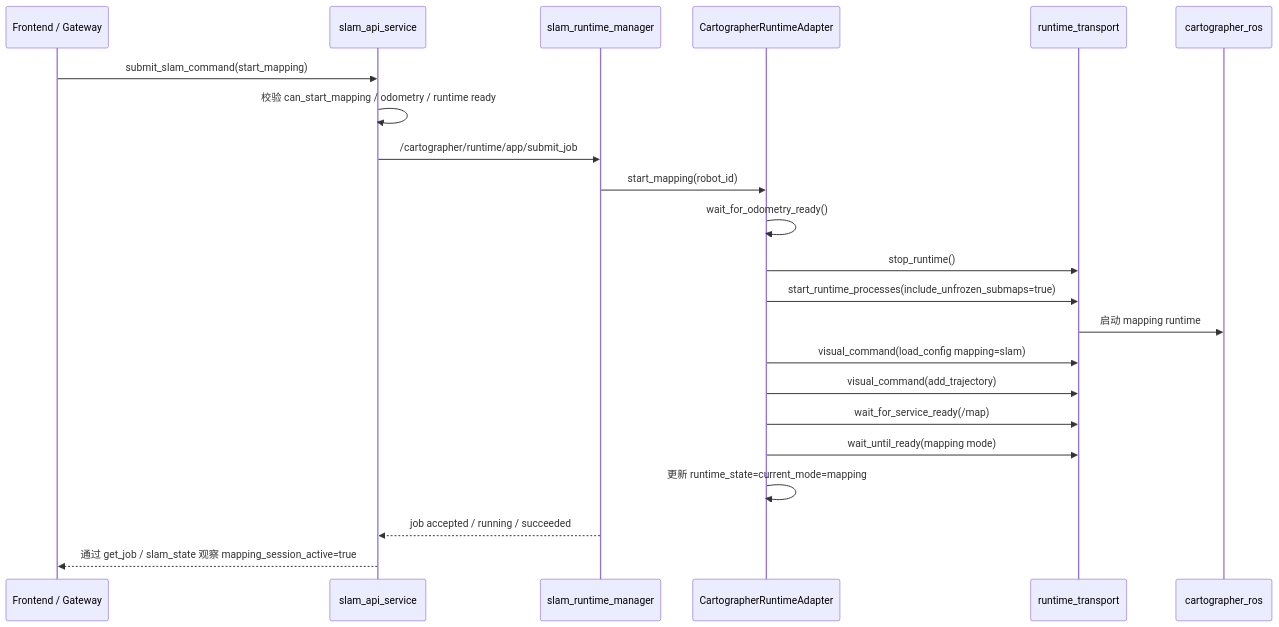
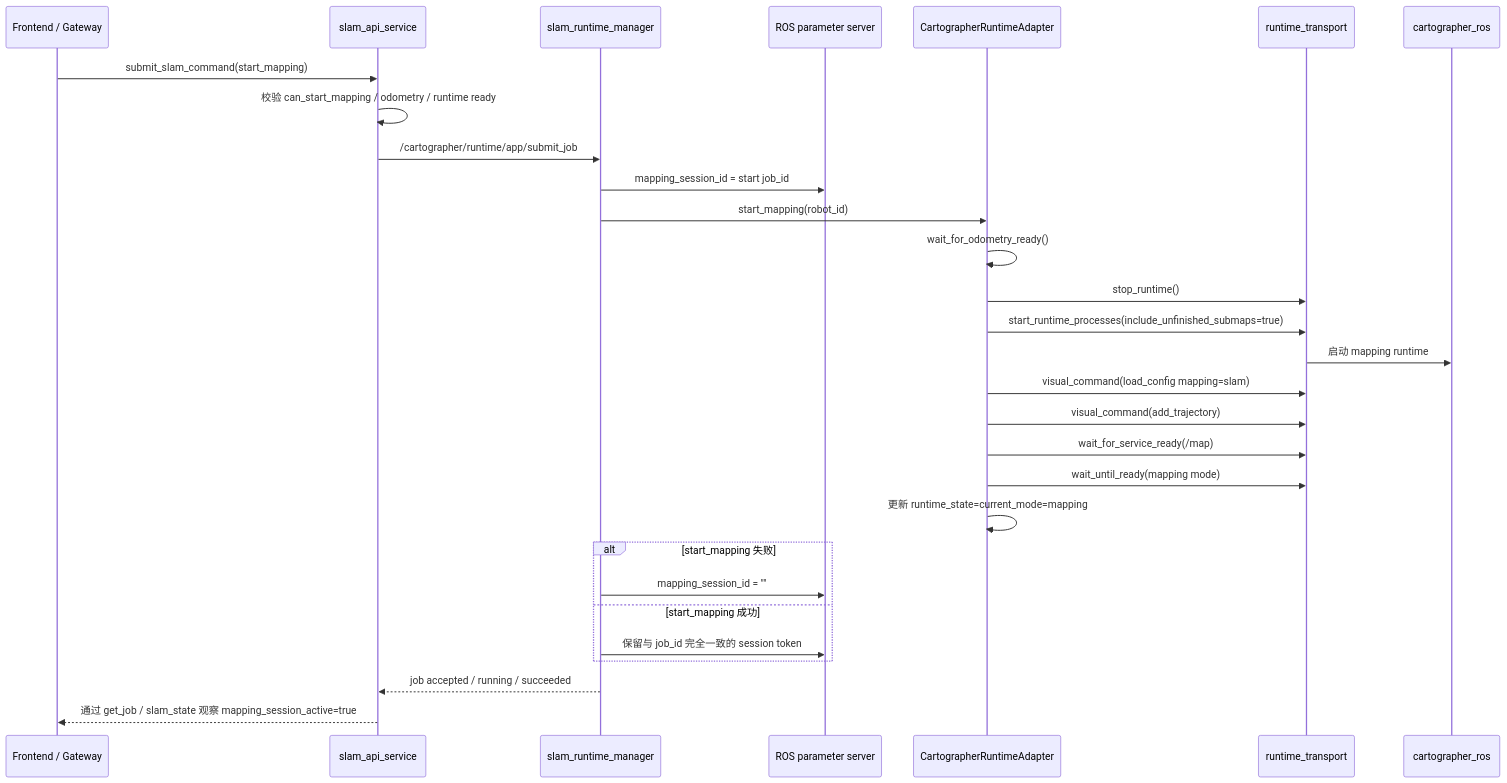
One commit to abc467/Doraemon changed the fifth of 7 diagrams in docs/slam_runtime_architecture_v1.md. Above: the diagram before and after it, drawn with Mermaid. The commit also changed other lines of this file and 42 other files, not shown here.

````diff
--- a/docs/slam_runtime_architecture_v1.md
+++ b/docs/slam_runtime_architecture_v1.md
@@ -528,25 +539,32 @@
 ```mermaid
 sequenceDiagram
     participant FE as Frontend / Gateway
     participant API as slam_api_service
     participant RT as slam_runtime_manager
+    participant PARAM as ROS parameter server
     participant AD as CartographerRuntimeAdapter
     participant TR as runtime_transport
     participant CR as cartographer_ros
 
     FE->>API: submit_slam_command(start_mapping)
     API->>API: 校验 can_start_mapping / odometry / runtime ready
     API->>RT: /cartographer/runtime/app/submit_job
+    RT->>PARAM: mapping_session_id = start job_id
     RT->>AD: start_mapping(robot_id)
     AD->>AD: wait_for_odometry_ready()
     AD->>TR: stop_runtime()
-    AD->>TR: start_runtime_processes(include_unfrozen_submaps=true)
+    AD->>TR: start_runtime_processes(include_unfinished_submaps=true)
     TR->>CR: 启动 mapping runtime
     AD->>TR: visual_command(load_config mapping=slam)
     AD->>TR: visual_command(add_trajectory)
     AD->>TR: wait_for_service_ready(/map)
     AD->>TR: wait_until_ready(mapping mode)
     AD->>AD: 更新 runtime_state=current_mode=mapping
+    alt start_mapping 失败
+        RT->>PARAM: mapping_session_id = ""
+    else start_mapping 成功
+        RT->>PARAM: 保留与 job_id 完全一致的 session token
+    end
     RT-->>API: job accepted / running / succeeded
     API-->>FE: 通过 get_job / slam_state 观察 mapping_session_active=true
 ```
````
